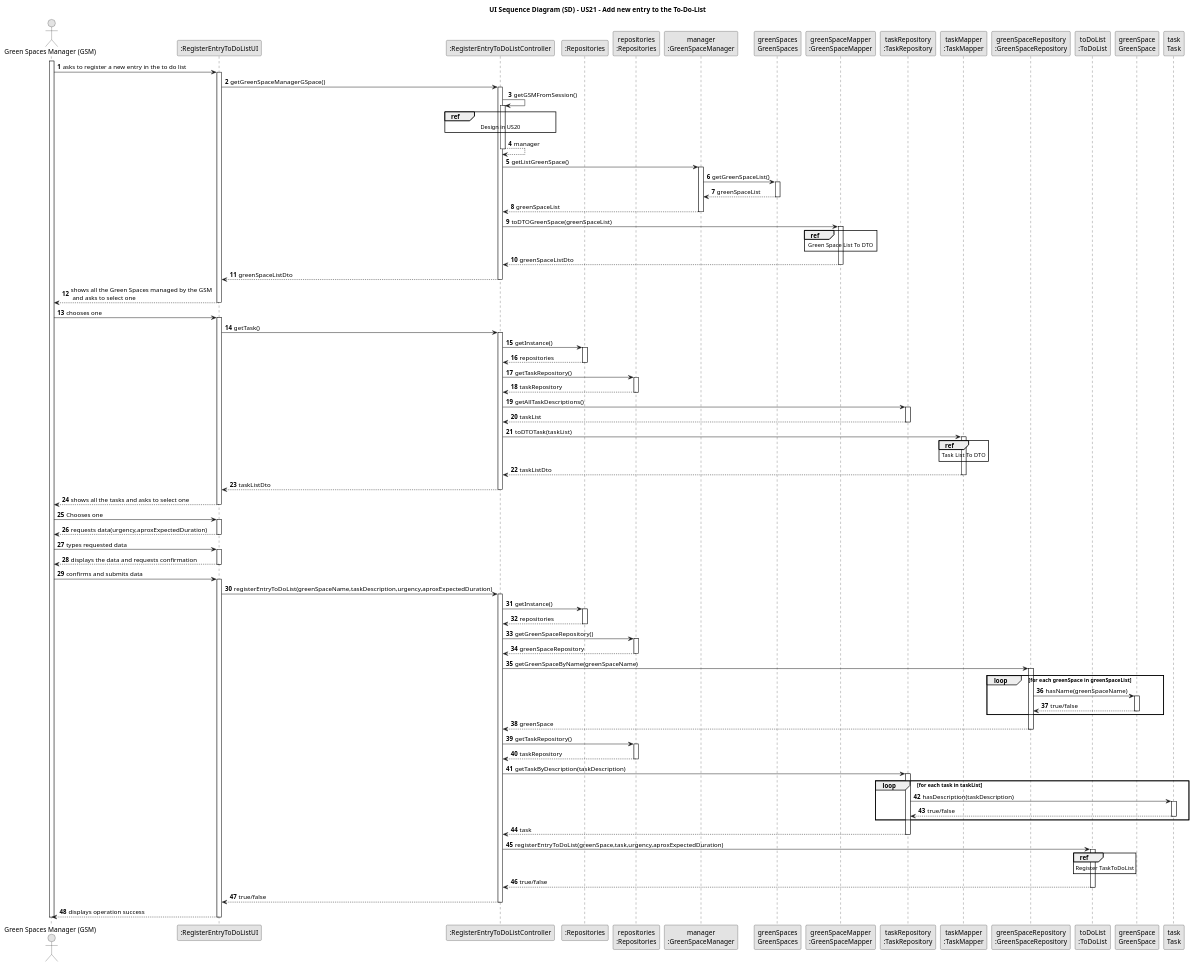
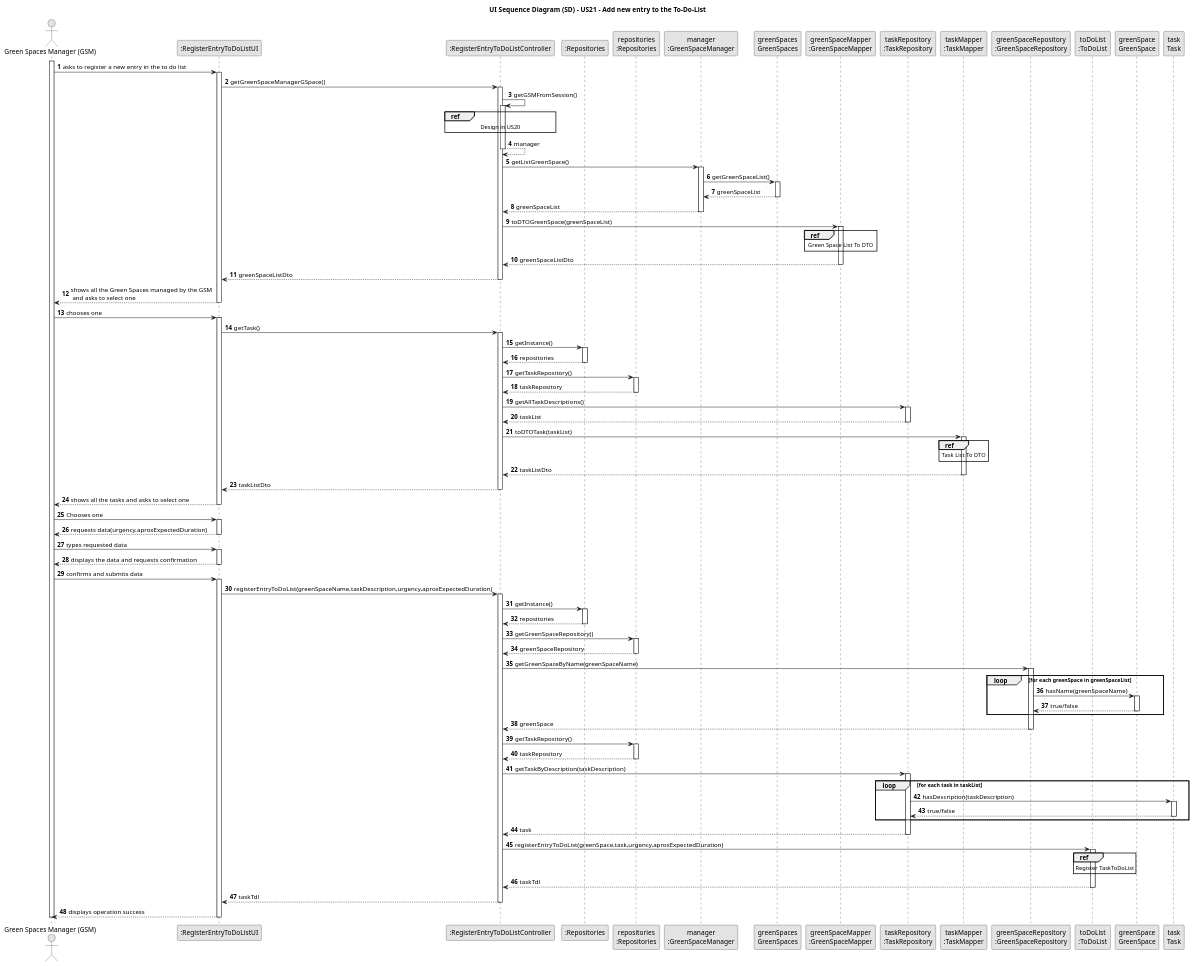
One commit to Departamento-de-Engenharia-Informatica/lei-24-s2-1db-g022 changed the diagram in docs/sprint3/us21/03.design/puml/us21-sequence-diagram.puml. Above: the diagram before and after it, drawn with PlantUML. The commit also changed 16 other files, not shown here.

```diff
--- a/docs/sprint3/us21/03.design/puml/us21-sequence-diagram.puml
+++ b/docs/sprint3/us21/03.design/puml/us21-sequence-diagram.puml
@@ -1,200 +1,200 @@
 @startuml
 skinparam monochrome true
 skinparam packageStyle rectangle
 skinparam shadowing false
 
 title UI Sequence Diagram (SD) - US21 - Add new entry to the To-Do-List
 
 autonumber
 
 'hide footbox
 actor "Green Spaces Manager (GSM)" as GSM
 participant ":RegisterEntryToDoListUI" as UI
 participant ":RegisterEntryToDoListController" as CTRL
 participant ":Repositories" as RepositorySingleton
 participant "repositories\n:Repositories" as PLAT
 participant "manager\n:GreenSpaceManager" as GSMO
 participant "greenSpaces\nGreenSpaces" as GREENSPACES
 participant "greenSpaceMapper\n:GreenSpaceMapper" as GSMP
 participant "taskRepository\n:TaskRepository" as TR
 participant "taskMapper\n:TaskMapper" as TMP
 participant "greenSpaceRepository\n:GreenSpaceRepository" as GSR
 participant "toDoList\n:ToDoList" as TDL
 participant "greenSpace\nGreenSpace" as GREENSPACE
 participant "task\nTask" as TASK
 
 activate GSM
 
         GSM -> UI : asks to register a new entry in the to do list
     activate UI
 
         UI -> CTRL : getGreenSpaceManagerGSpace()
     activate CTRL
 
         CTRL -> CTRL : getGSMFromSession()
     activate CTRL
 
         ref over CTRL
             Design in US20
         end ref
 
         CTRL --> CTRL : manager
     deactivate CTRL
 
         CTRL -> GSMO : getListGreenSpace()
     activate GSMO
 
         GSMO -> GREENSPACES : getGreenSpaceList()
     activate GREENSPACES
 
         GREENSPACES --> GSMO : greenSpaceList
     deactivate GREENSPACES
 
         GSMO --> CTRL : greenSpaceList
     deactivate GSMO
 
         CTRL -> GSMP : toDTOGreenSpace(greenSpaceList)
     activate GSMP
 
         ref over GSMP
             Green Space List To DTO
         end ref
 
        GSMP --> CTRL : greenSpaceListDto
     deactivate GSMP
 
         CTRL --> UI : greenSpaceListDto
     deactivate CTRL
 
         UI --> GSM : shows all the Green Spaces managed by the GSM \n and asks to select one
     deactivate UI
 
         GSM->UI: chooses one
     activate UI
 
         UI-> CTRL : getTask()
     activate CTRL
 
         CTRL -> RepositorySingleton : getInstance()
     activate RepositorySingleton
 
         RepositorySingleton --> CTRL: repositories
     deactivate RepositorySingleton
 
         CTRL -> PLAT: getTaskRepository()
     activate PLAT
 
         PLAT --> CTRL: taskRepository
     deactivate PLAT
 
         CTRL -> TR : getAllTaskDescriptions()
     activate TR
 
         TR --> CTRL : taskList
     deactivate TR
 
         CTRL -> TMP : toDTOTask(taskList)
     activate TMP
 
         ref over TMP
             Task List To DTO
         end ref
 
         TMP --> CTRL : taskListDto
     deactivate TMP
 
         CTRL --> UI : taskListDto
     deactivate CTRL
 
         UI --> GSM : shows all the tasks and asks to select one
     deactivate UI
 
         GSM -> UI : Chooses one
     activate UI
 
         UI --> GSM : requests data(urgency,aproxExpectedDuration)
     deactivate UI
 
         GSM -> UI : types requested data
     activate UI
 
         UI --> GSM : displays the data and requests confirmation
     deactivate UI
 
         GSM -> UI : confirms and submits data
     activate UI
 
         UI -> CTRL: registerEntryToDoList(greenSpaceName,taskDescription,urgency,aproxExpectedDuration)
     activate CTRL
 
         CTRL -> RepositorySingleton : getInstance()
     activate RepositorySingleton
 
         RepositorySingleton --> CTRL: repositories
     deactivate RepositorySingleton
 
         CTRL -> PLAT: getGreenSpaceRepository()
     activate PLAT
 
         PLAT --> CTRL: greenSpaceRepository
     deactivate PLAT
 
         CTRL -> GSR : getGreenSpaceByName(greenSpaceName)
     activate GSR
 
         loop for each greenSpace in greenSpaceList
 
         GSR -> GREENSPACE : hasName(greenSpaceName)
 
         activate GREENSPACE
 
             GREENSPACE --> GSR : true/false
 
         deactivate GREENSPACE
 
         end
 
         GSR --> CTRL : greenSpace
     deactivate GSR
 
         CTRL -> PLAT: getTaskRepository()
     activate PLAT
 
         PLAT --> CTRL: taskRepository
     deactivate PLAT
 
         CTRL -> TR : getTaskByDescription(taskDescription)
     activate TR
         loop for each task in taskList
 
         TR -> TASK : hasDescription(taskDescription)
 
         activate TASK
 
             TASK --> TR : true/false
 
         deactivate TASK
 
         end
 
         TR --> CTRL : task
     deactivate TR
 
         CTRL -> TDL : registerEntryToDoList(greenSpace,task,urgency,aproxExpectedDuration)
     activate TDL
 
         ref over TDL
             Register TaskToDoList
         end
 
-        TDL --> CTRL : true/false
+        TDL --> CTRL : taskTdl
     deactivate TDL
 
-        CTRL --> UI : true/false
+        CTRL --> UI : taskTdl
     deactivate CTRL
 
         UI --> GSM : displays operation success
     deactivate UI
 
 deactivate GSM
 @enduml
```
